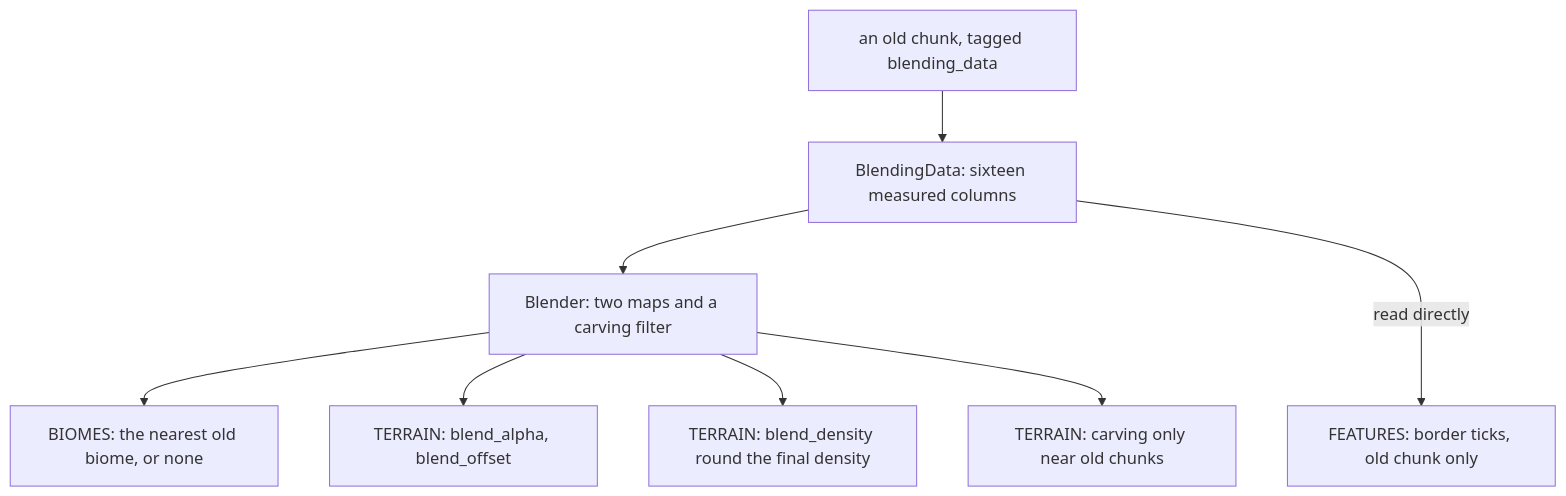
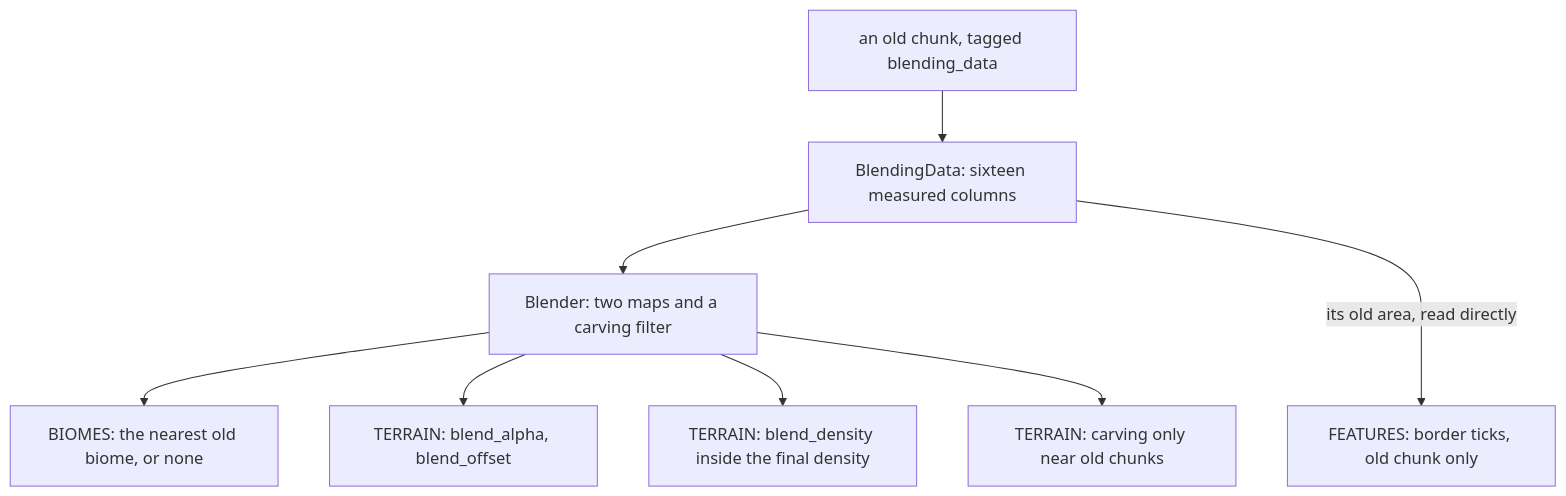
One commit to AlexanderjFraser/MinecraftDocs changed the first of 2 diagrams in src/systems/worldgen/blending.md. Above: the diagram before and after it, drawn with Mermaid. The commit also changed other lines of this file and 25 other files, not shown here.

````diff
--- a/src/systems/worldgen/blending.md
+++ b/src/systems/worldgen/blending.md
@@ -86,10 +76,10 @@
 ```mermaid
 flowchart TD
     OLD["an old chunk, tagged blending_data"] --> BD["BlendingData: sixteen measured columns"]
     BD --> B["Blender: two maps and a carving filter"]
     B --> R1["BIOMES: the nearest old biome, or none"]
     B --> R2["TERRAIN: blend_alpha, blend_offset"]
-    B --> R3["TERRAIN: blend_density round the final density"]
+    B --> R3["TERRAIN: blend_density inside the final density"]
     B --> R4["TERRAIN: carving only near old chunks"]
-    BD --->|"read directly"| R5["FEATURES: border ticks, old chunk only"]
+    BD --->|"its old area, read directly"| R5["FEATURES: border ticks, old chunk only"]
 ```
````
